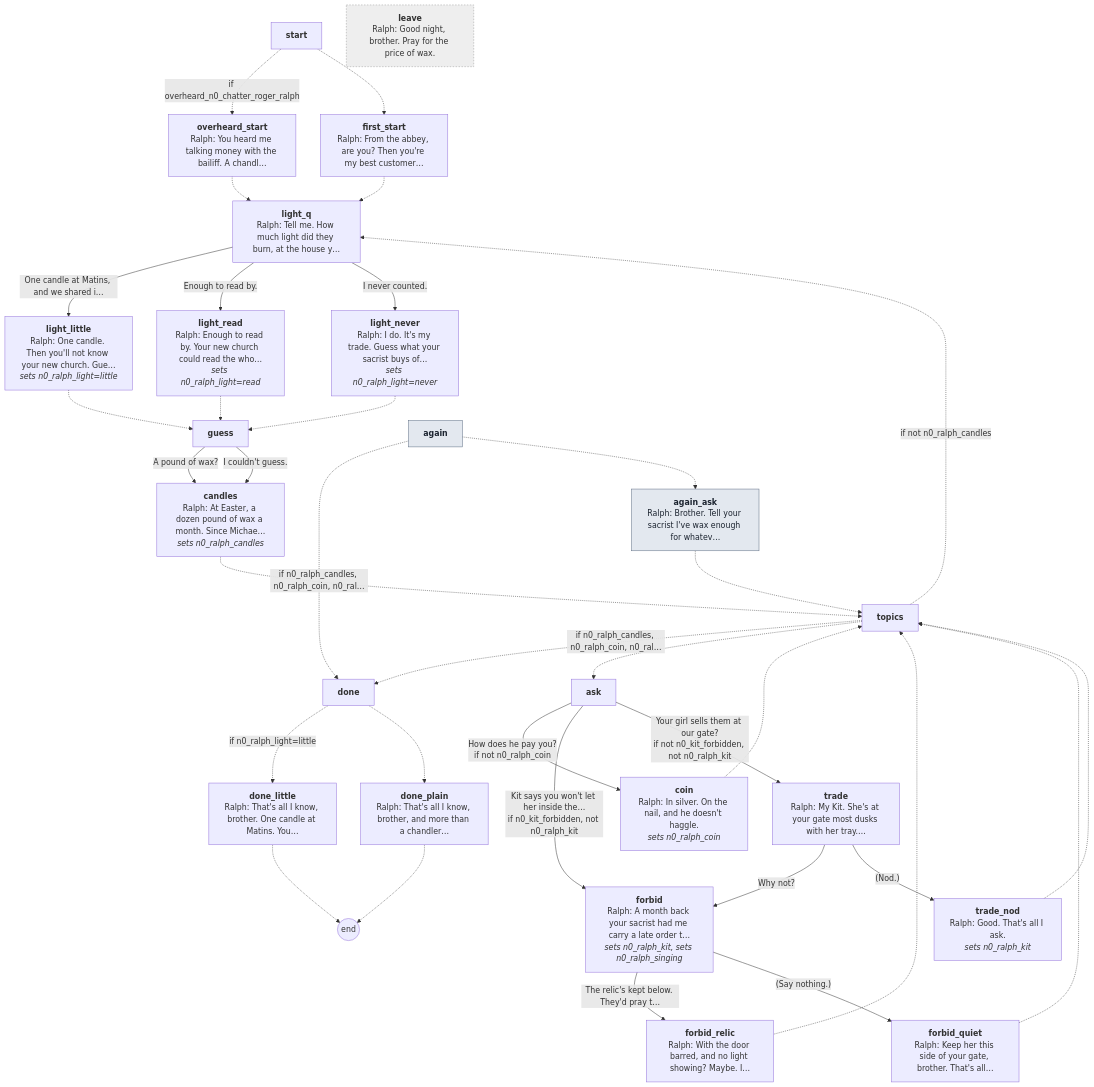
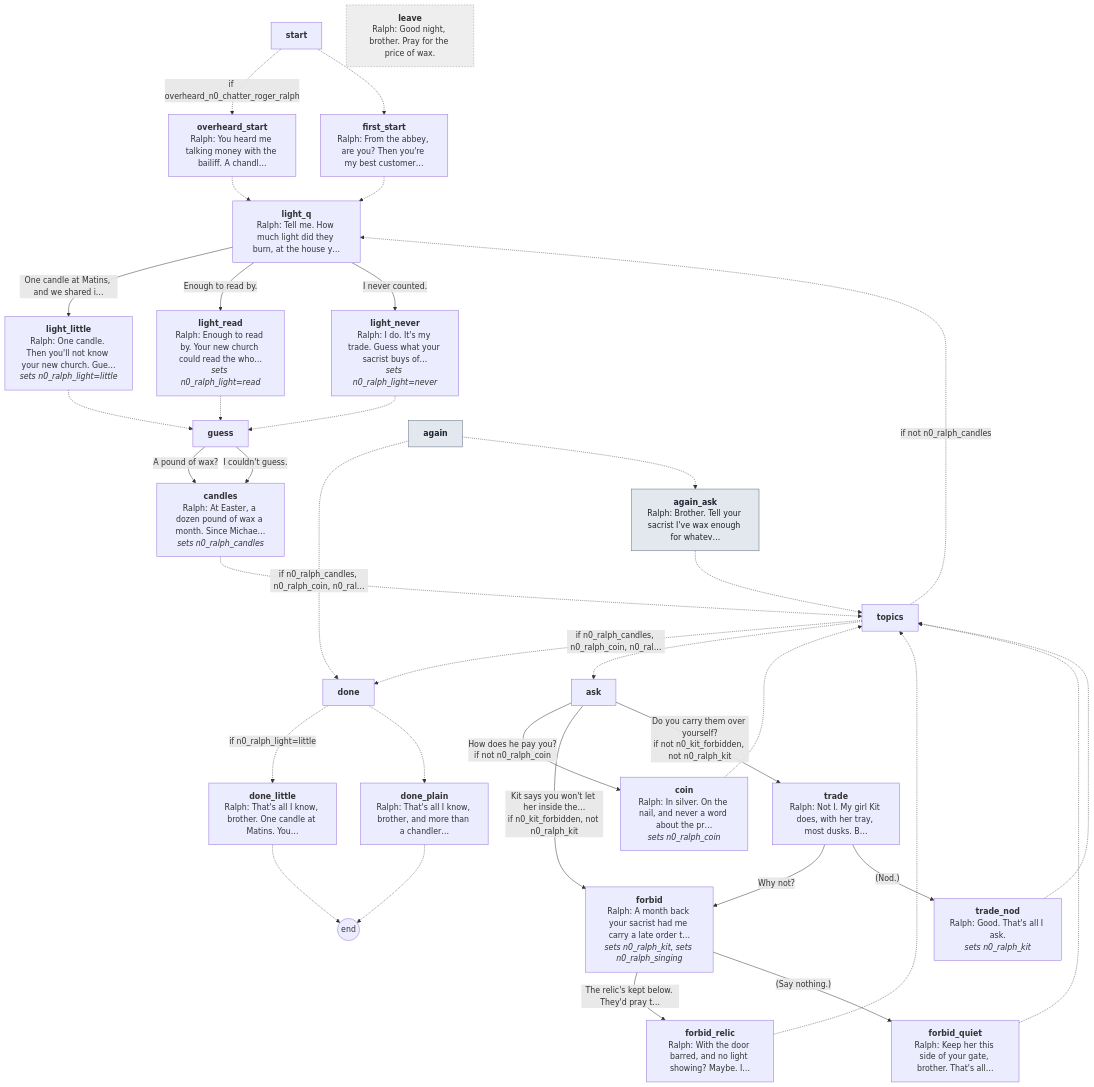
Before and after one commit to toastynaan/the-porter: diagram 14 of 19 in docs/script/night0.md, drawn with Mermaid. The commit also changed other lines of this file and 19 other files, not shown here.

````diff
--- a/docs/script/night0.md
+++ b/docs/script/night0.md
@@ -2358,67 +2381,67 @@
 ```mermaid
 flowchart TD
   p_start["<b>start</b>"]
   p_first_start["<b>first_start</b><br/>Ralph: From the abbey, are you? Then you're my best customer…"]
   p_overheard_start["<b>overheard_start</b><br/>Ralph: You heard me talking money with the bailiff. A chandl…"]
   p_light_q["<b>light_q</b><br/>Ralph: Tell me. How much light did they burn, at the house y…"]
   p_light_little["<b>light_little</b><br/>Ralph: One candle. Then you'll not know your new church. Gue…<br/><i>sets n0_ralph_light=little</i>"]
   p_light_read["<b>light_read</b><br/>Ralph: Enough to read by. Your new church could read the who…<br/><i>sets n0_ralph_light=read</i>"]
   p_light_never["<b>light_never</b><br/>Ralph: I do. It's my trade. Guess what your sacrist buys of…<br/><i>sets n0_ralph_light=never</i>"]
   p_guess["<b>guess</b>"]
   p_candles["<b>candles</b><br/>Ralph: At Easter, a dozen pound of wax a month. Since Michae…<br/><i>sets n0_ralph_candles</i>"]
   p_again["<b>again</b>"]
   p_again_ask["<b>again_ask</b><br/>Ralph: Brother. Tell your sacrist I've wax enough for whatev…"]
   p_topics["<b>topics</b>"]
   p_ask["<b>ask</b>"]
-  p_coin["<b>coin</b><br/>Ralph: In silver. On the nail, and he doesn't haggle.<br/><i>sets n0_ralph_coin</i>"]
-  p_trade["<b>trade</b><br/>Ralph: My Kit. She's at your gate most dusks with her tray.…"]
+  p_coin["<b>coin</b><br/>Ralph: In silver. On the nail, and never a word about the pr…<br/><i>sets n0_ralph_coin</i>"]
+  p_trade["<b>trade</b><br/>Ralph: Not I. My girl Kit does, with her tray, most dusks. B…"]
   p_trade_nod["<b>trade_nod</b><br/>Ralph: Good. That's all I ask.<br/><i>sets n0_ralph_kit</i>"]
   p_forbid["<b>forbid</b><br/>Ralph: A month back your sacrist had me carry a late order t…<br/><i>sets n0_ralph_kit, sets n0_ralph_singing</i>"]
   p_forbid_relic["<b>forbid_relic</b><br/>Ralph: With the door barred, and no light showing? Maybe. I…"]
   p_forbid_quiet["<b>forbid_quiet</b><br/>Ralph: Keep her this side of your gate, brother. That's all…"]
   p_done["<b>done</b>"]
   p_done_little["<b>done_little</b><br/>Ralph: That's all I know, brother. One candle at Matins. You…"]
   p_done_plain["<b>done_plain</b><br/>Ralph: That's all I know, brother, and more than a chandler…"]
   p_leave["<b>leave</b><br/>Ralph: Good night, brother. Pray for the price of wax."]
   end_((end))
   p_start -.->|"if overheard_n0_chatter_roger_ralph"| p_overheard_start
   p_start -.-> p_first_start
   p_first_start -.-> p_light_q
   p_overheard_start -.-> p_light_q
   p_light_q -->|"One candle at Matins, and we shared i…"| p_light_little
   p_light_q -->|"Enough to read by."| p_light_read
   p_light_q -->|"I never counted."| p_light_never
   p_light_little -.-> p_guess
   p_light_read -.-> p_guess
   p_light_never -.-> p_guess
   p_guess -->|"A pound of wax?"| p_candles
   p_guess -->|"I couldn't guess."| p_candles
   p_candles -.-> p_topics
   p_again -.->|"if n0_ralph_candles, n0_ralph_coin, n0_ral…"| p_done
   p_again -.-> p_again_ask
   p_again_ask -.-> p_topics
   p_topics -.->|"if not n0_ralph_candles"| p_light_q
   p_topics -.->|"if n0_ralph_candles, n0_ralph_coin, n0_ral…"| p_done
   p_topics -.-> p_ask
   p_ask -->|"How does he pay you?<br/>if not n0_ralph_coin"| p_coin
   p_ask -->|"Kit says you won't let her inside the…<br/>if n0_kit_forbidden, not n0_ralph_kit"| p_forbid
-  p_ask -->|"Your girl sells them at our gate?<br/>if not n0_kit_forbidden, not n0_ralph_kit"| p_trade
+  p_ask -->|"Do you carry them over yourself?<br/>if not n0_kit_forbidden, not n0_ralph_kit"| p_trade
   p_coin -.-> p_topics
   p_trade -->|"Why not?"| p_forbid
   p_trade -->|"(Nod.)"| p_trade_nod
   p_trade_nod -.-> p_topics
   p_forbid -->|"The relic's kept below. They'd pray t…"| p_forbid_relic
   p_forbid -->|"(Say nothing.)"| p_forbid_quiet
   p_forbid_relic -.-> p_topics
   p_forbid_quiet -.-> p_topics
   p_done -.->|"if n0_ralph_light=little"| p_done_little
   p_done -.-> p_done_plain
   p_done_little -.-> end_
   p_done_plain -.-> end_
   classDef claim fill:#f3e3b5,stroke:#9a6b1a,color:#2b2116
   classDef again fill:#e3e8ef,stroke:#5b6b80,color:#1c2430
   classDef leave fill:#eee,stroke:#999,color:#333,stroke-dasharray: 3 3
   class p_again again
   class p_again_ask again
   class p_leave leave
 ```
````
